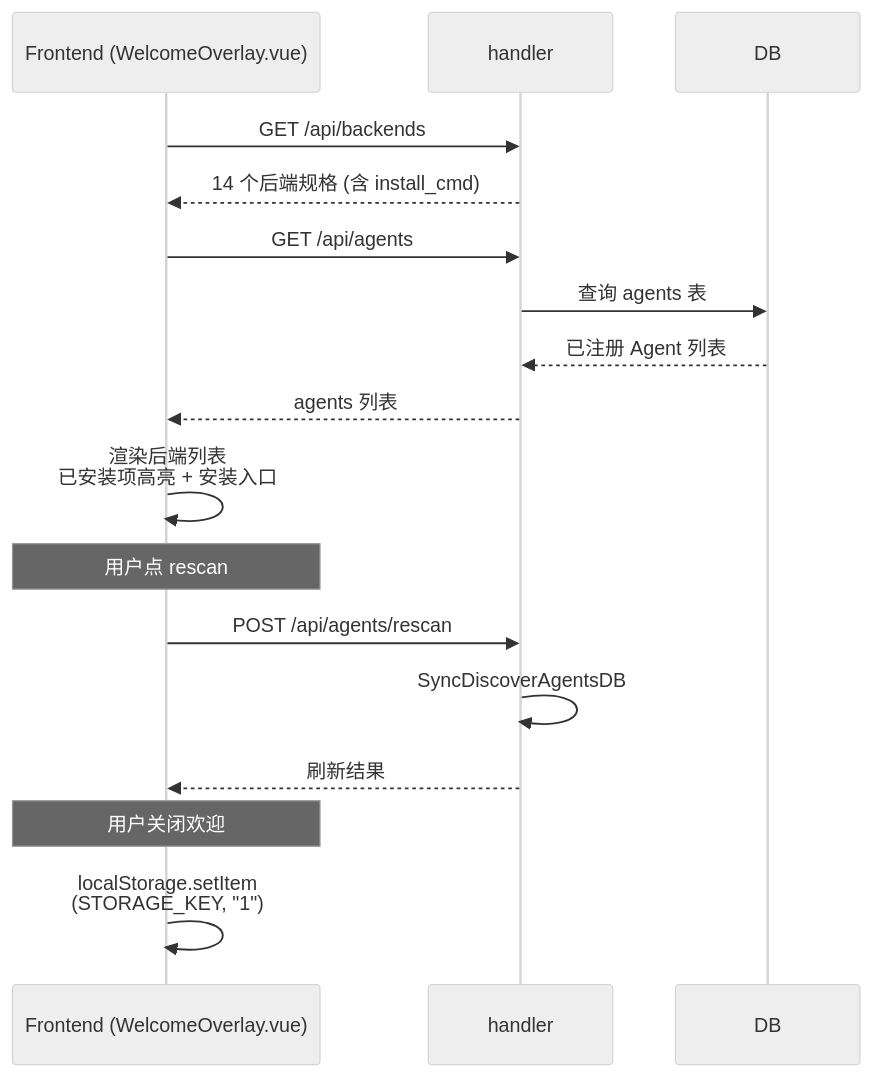
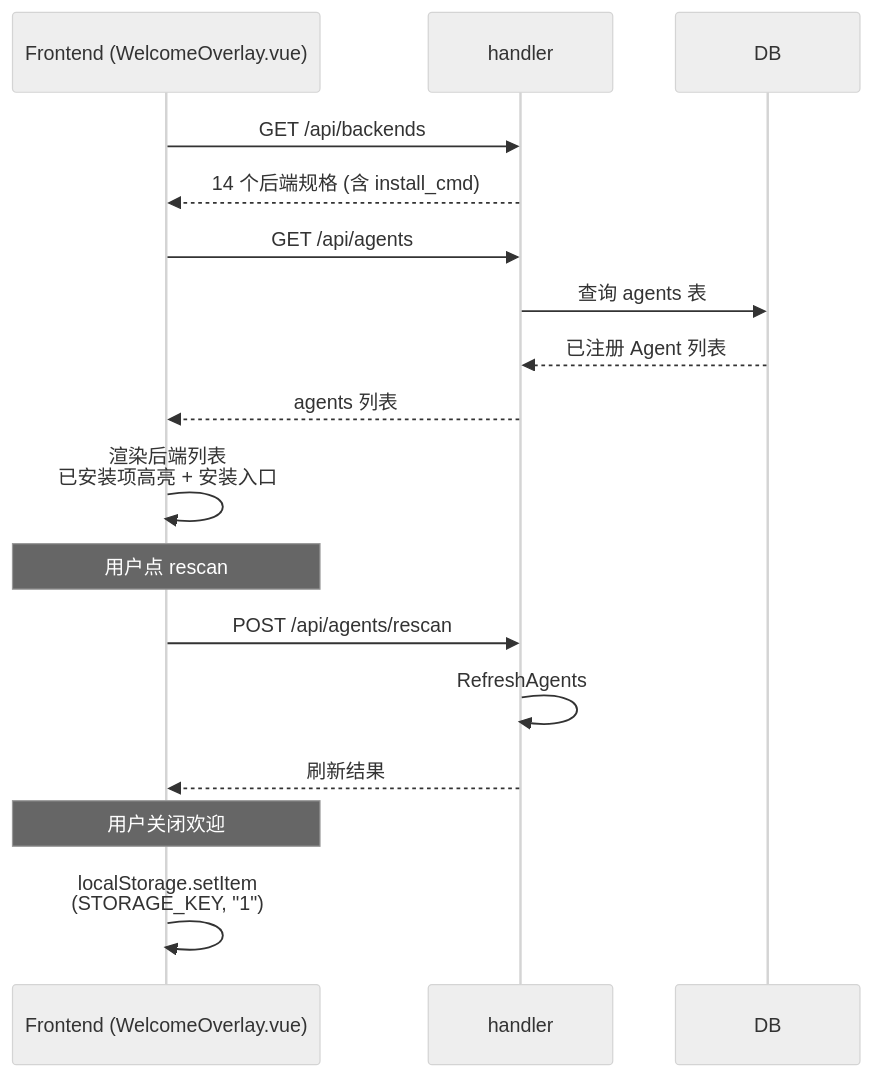
The first of 2 diagrams in docs/spec/features/setup-wizard.md (clawbench-dev/clawbench), drawn with Mermaid (neutral theme) before and after one commit. The commit also changed other lines of this file and 62 other files, not shown here.

````diff
--- a/docs/spec/features/setup-wizard.md
+++ b/docs/spec/features/setup-wizard.md
@@ -17,20 +17,20 @@
 ```mermaid
 sequenceDiagram
     participant F as Frontend (WelcomeOverlay.vue)
     participant H as handler
     participant DB
 
     F->>H: GET /api/backends
     H-->>F: 14 个后端规格 (含 install_cmd)
     F->>H: GET /api/agents
     H->>DB: 查询 agents 表
     DB-->>H: 已注册 Agent 列表
     H-->>F: agents 列表
     F->>F: 渲染后端列表<br/>已安装项高亮 + 安装入口
     Note over F: 用户点 rescan
     F->>H: POST /api/agents/rescan
-    H->>H: SyncDiscoverAgentsDB
+    H->>H: RefreshAgents
     H-->>F: 刷新结果
     Note over F: 用户关闭欢迎
     F->>F: localStorage.setItem<br/>(STORAGE_KEY, "1")
 ```
````
